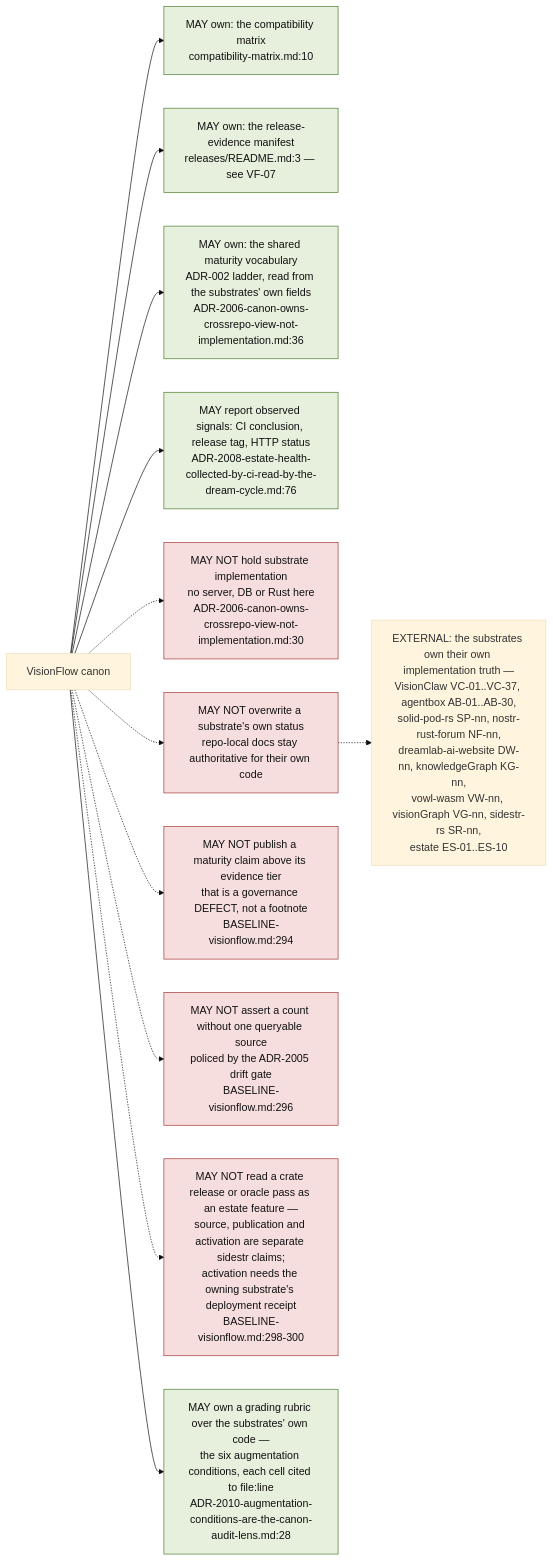
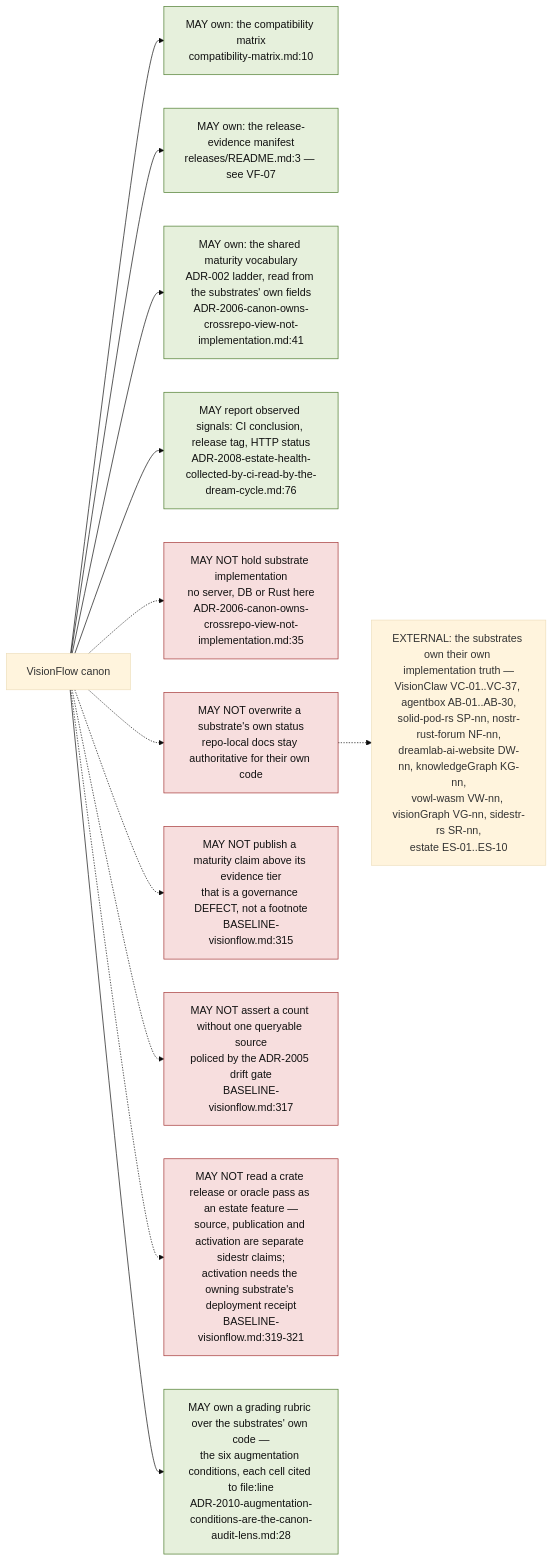
One commit to DreamLab-AI/VisionFlow changed the seventh of 11 diagrams in docs/diagrams/visionflow/01-repo-composition-and-canon.md. Above: the diagram before and after it, drawn with Mermaid (base theme). The commit also changed other lines of this file and 80 other files, not shown here.

First line of the commit message:
docs(diagrams): re-verify the agentbox, dreamlab, estate and visionflow corpus against current sources

````diff
--- a/docs/diagrams/visionflow/01-repo-composition-and-canon.md
+++ b/docs/diagrams/visionflow/01-repo-composition-and-canon.md
@@ -290,21 +290,21 @@
 ```mermaid
 flowchart LR
     classDef may fill:#e6f0dc,stroke:#4a7a2a,color:#111
     classDef mayn fill:#f7dede,stroke:#a33333,color:#111
 
     VF["VisionFlow canon"]
     VF --> M1["MAY own: the compatibility matrix<br/>compatibility-matrix.md:10"]:::may
     VF --> M2["MAY own: the release-evidence manifest<br/>releases/README.md:3 — see VF-07"]:::may
-    VF --> M3["MAY own: the shared maturity vocabulary<br/>ADR-002 ladder, read from the substrates' own fields<br/>ADR-2006-canon-owns-crossrepo-view-not-implementation.md:36"]:::may
+    VF --> M3["MAY own: the shared maturity vocabulary<br/>ADR-002 ladder, read from the substrates' own fields<br/>ADR-2006-canon-owns-crossrepo-view-not-implementation.md:41"]:::may
     VF --> M4["MAY report observed signals: CI conclusion, release tag, HTTP status<br/>ADR-2008-estate-health-collected-by-ci-read-by-the-dream-cycle.md:76"]:::may
 
-    VF -.-> N1["MAY NOT hold substrate implementation<br/>no server, DB or Rust here<br/>ADR-2006-canon-owns-crossrepo-view-not-implementation.md:30"]:::mayn
+    VF -.-> N1["MAY NOT hold substrate implementation<br/>no server, DB or Rust here<br/>ADR-2006-canon-owns-crossrepo-view-not-implementation.md:35"]:::mayn
     VF -.-> N2["MAY NOT overwrite a substrate's own status<br/>repo-local docs stay authoritative for their own code"]:::mayn
-    VF -.-> N3["MAY NOT publish a maturity claim above its evidence tier<br/>that is a governance DEFECT, not a footnote<br/>BASELINE-visionflow.md:294"]:::mayn
-    VF -.-> N4["MAY NOT assert a count without one queryable source<br/>policed by the ADR-2005 drift gate<br/>BASELINE-visionflow.md:296"]:::mayn
-    VF -.-> N5["MAY NOT read a crate release or oracle pass as an estate feature —<br/>source, publication and activation are separate sidestr claims;<br/>activation needs the owning substrate's deployment receipt<br/>BASELINE-visionflow.md:298-300"]:::mayn
+    VF -.-> N3["MAY NOT publish a maturity claim above its evidence tier<br/>that is a governance DEFECT, not a footnote<br/>BASELINE-visionflow.md:315"]:::mayn
+    VF -.-> N4["MAY NOT assert a count without one queryable source<br/>policed by the ADR-2005 drift gate<br/>BASELINE-visionflow.md:317"]:::mayn
+    VF -.-> N5["MAY NOT read a crate release or oracle pass as an estate feature —<br/>source, publication and activation are separate sidestr claims;<br/>activation needs the owning substrate's deployment receipt<br/>BASELINE-visionflow.md:319-321"]:::mayn
     VF --> M5["MAY own a grading rubric over the substrates' own code —<br/>the six augmentation conditions, each cell cited to file:line<br/>ADR-2010-augmentation-conditions-are-the-canon-audit-lens.md:28"]:::may
 
     EXT["EXTERNAL: the substrates own their own implementation truth —<br/>VisionClaw VC-01..VC-37, agentbox AB-01..AB-30,<br/>solid-pod-rs SP-nn, nostr-rust-forum NF-nn,<br/>dreamlab-ai-website DW-nn, knowledgeGraph KG-nn,<br/>vowl-wasm VW-nn, visionGraph VG-nn, sidestr-rs SR-nn,<br/>estate ES-01..ES-10"]
     N2 -.-> EXT
 ```
````
